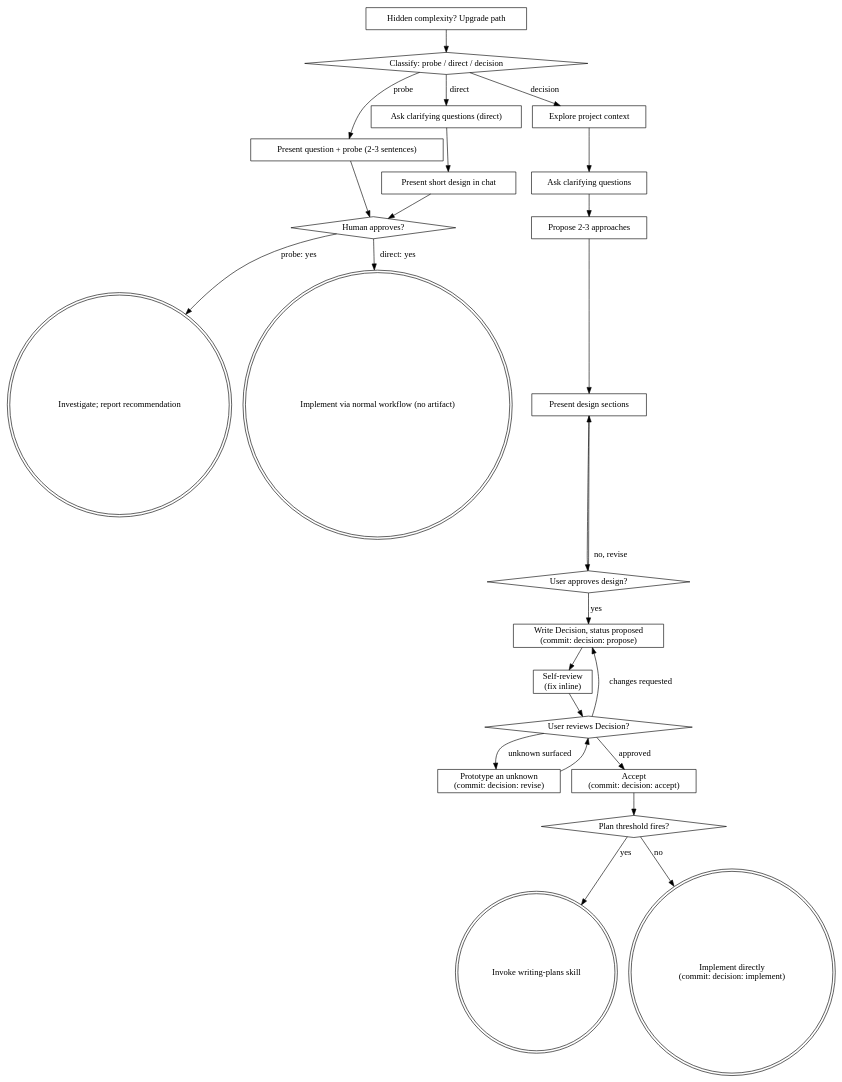
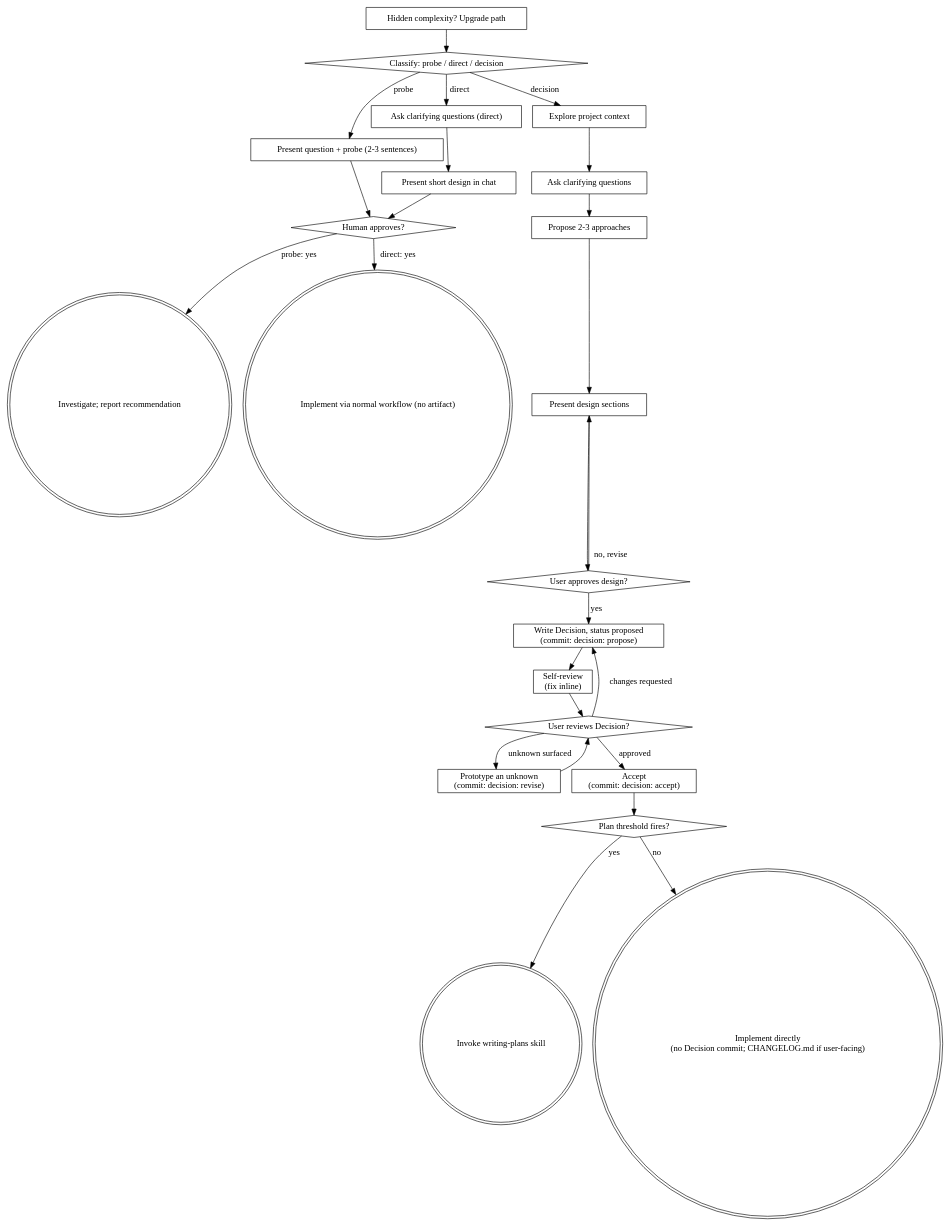
The diagram in .agents/skills/brainstorm/SKILL.md (phatblat/dotfiles), drawn with Graphviz before and after one commit. The commit also changed other lines of this file and 3 other files, not shown here.

````diff
--- a/.agents/skills/brainstorm/SKILL.md
+++ b/.agents/skills/brainstorm/SKILL.md
@@ -194,50 +193,50 @@
 ```dot
 digraph brainstorming {
     "Classify: probe / direct / decision" [shape=diamond];
     "Present question + probe (2-3 sentences)" [shape=box];
     "Ask clarifying questions (direct)" [shape=box];
     "Present short design in chat" [shape=box];
     "Human approves?" [shape=diamond];
     "Investigate; report recommendation" [shape=doublecircle];
     "Implement via normal workflow (no artifact)" [shape=doublecircle];
     "Explore project context" [shape=box];
     "Ask clarifying questions" [shape=box];
     "Propose 2-3 approaches" [shape=box];
     "Present design sections" [shape=box];
     "User approves design?" [shape=diamond];
     "Write Decision, status proposed\n(commit: decision: propose)" [shape=box];
     "Self-review\n(fix inline)" [shape=box];
     "User reviews Decision?" [shape=diamond];
     "Prototype an unknown\n(commit: decision: revise)" [shape=box];
     "Accept\n(commit: decision: accept)" [shape=box];
     "Plan threshold fires?" [shape=diamond];
     "Invoke writing-plans skill" [shape=doublecircle];
-    "Implement directly\n(commit: decision: implement)" [shape=doublecircle];
+    "Implement directly\n(no Decision commit; CHANGELOG.md if user-facing)" [shape=doublecircle];
     "Hidden complexity? Upgrade path" [shape=box];
 
     "Classify: probe / direct / decision" -> "Present question + probe (2-3 sentences)" [label="probe"];
     "Classify: probe / direct / decision" -> "Ask clarifying questions (direct)" [label="direct"];
     "Classify: probe / direct / decision" -> "Explore project context" [label="decision"];
     "Present question + probe (2-3 sentences)" -> "Human approves?";
     "Ask clarifying questions (direct)" -> "Present short design in chat";
     "Present short design in chat" -> "Human approves?";
     "Human approves?" -> "Investigate; report recommendation" [label="probe: yes"];
     "Human approves?" -> "Implement via normal workflow (no artifact)" [label="direct: yes"];
     "Hidden complexity? Upgrade path" -> "Classify: probe / direct / decision";
     "Explore project context" -> "Ask clarifying questions";
     "Ask clarifying questions" -> "Propose 2-3 approaches";
     "Propose 2-3 approaches" -> "Present design sections";
     "Present design sections" -> "User approves design?";
     "User approves design?" -> "Present design sections" [label="no, revise"];
     "User approves design?" -> "Write Decision, status proposed\n(commit: decision: propose)" [label="yes"];
     "Write Decision, status proposed\n(commit: decision: propose)" -> "Self-review\n(fix inline)";
     "Self-review\n(fix inline)" -> "User reviews Decision?";
     "User reviews Decision?" -> "Prototype an unknown\n(commit: decision: revise)" [label="unknown surfaced"];
     "Prototype an unknown\n(commit: decision: revise)" -> "User reviews Decision?";
     "User reviews Decision?" -> "Write Decision, status proposed\n(commit: decision: propose)" [label="changes requested"];
     "User reviews Decision?" -> "Accept\n(commit: decision: accept)" [label="approved"];
     "Accept\n(commit: decision: accept)" -> "Plan threshold fires?";
     "Plan threshold fires?" -> "Invoke writing-plans skill" [label="yes"];
-    "Plan threshold fires?" -> "Implement directly\n(commit: decision: implement)" [label="no"];
+    "Plan threshold fires?" -> "Implement directly\n(no Decision commit; CHANGELOG.md if user-facing)" [label="no"];
 }
 ```
````
